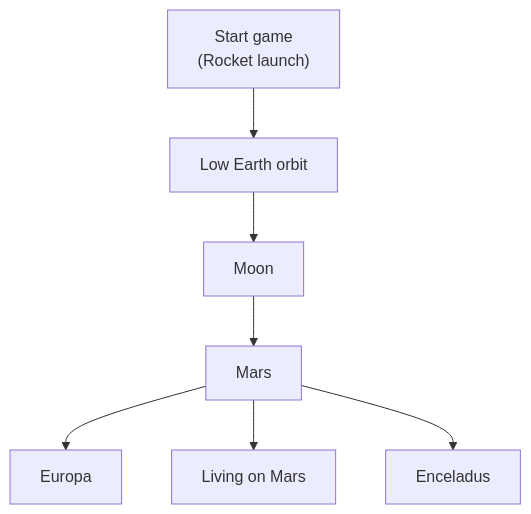
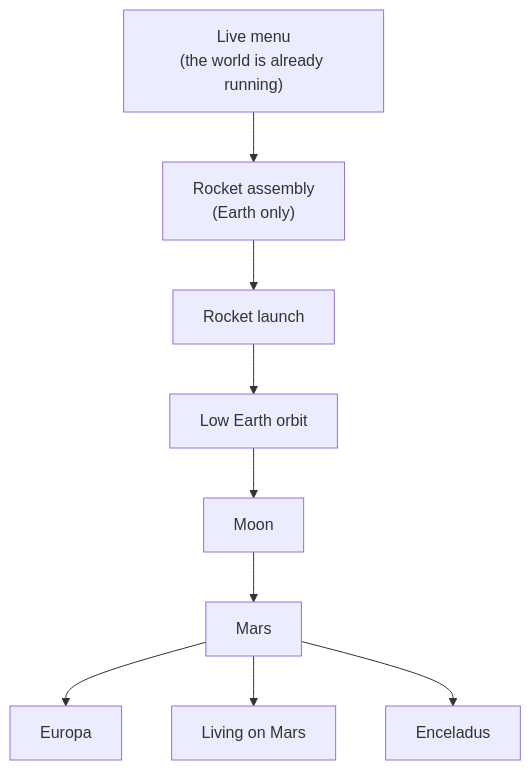
The diagram in docs/journey_map.md (Team-Neural-Forge/nasa-explorer), drawn with Mermaid before and after one commit. The commit also changed other lines of this file and 1 other file, not shown here.

Commit message:
docs(game): capture live menu, assembly, flight, time warp, and views

````diff
--- a/docs/journey_map.md
+++ b/docs/journey_map.md
@@ -5,9 +5,11 @@
 ```mermaid
 flowchart TD
-    A["Start game<br/>(Rocket launch)"] --> B["Low Earth orbit"]
-    B --> C["Moon"]
-    C --> D["Mars"]
-    D --> E["Europa"]
-    D --> F["Living on Mars"]
-    D --> G["Enceladus"]
+    M["Live menu<br/>(the world is already running)"] --> A["Rocket assembly<br/>(Earth only)"]
+    A --> B["Rocket launch"]
+    B --> C["Low Earth orbit"]
+    C --> D["Moon"]
+    D --> E["Mars"]
+    E --> F["Europa"]
+    E --> G["Living on Mars"]
+    E --> H["Enceladus"]
 ```
````
